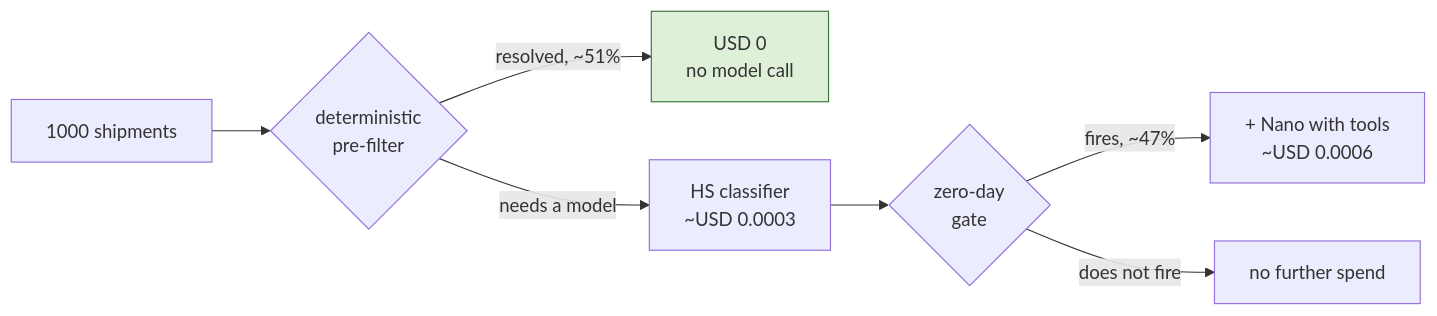
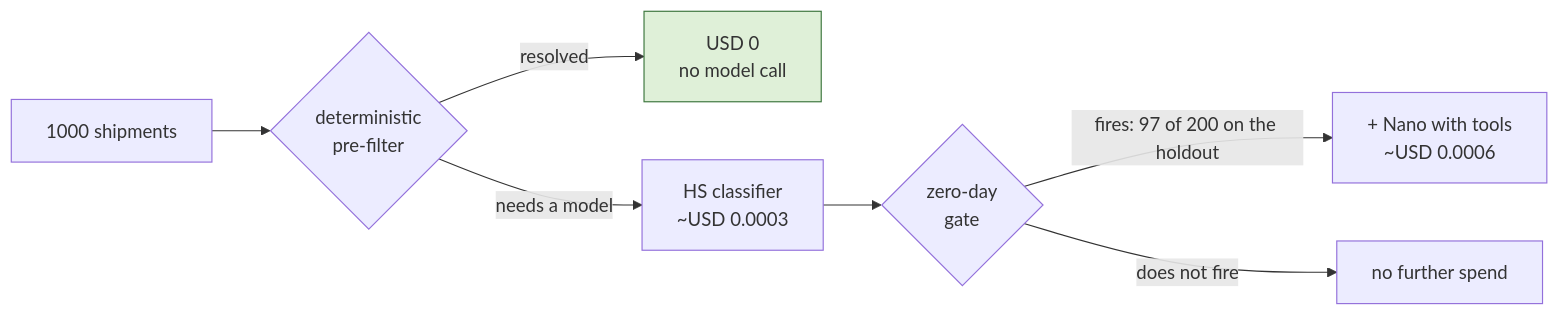
One commit to hoachauphuoc/vf-logistics-nebius-nvidia changed the fourth of 4 diagrams in docs/diagrams/flow-2-zero-day-radar.md. Above: the diagram before and after it, drawn with Mermaid. The commit also changed other lines of this file and 10 other files, not shown here.

````diff
--- a/docs/diagrams/flow-2-zero-day-radar.md
+++ b/docs/diagrams/flow-2-zero-day-radar.md
@@ -143,11 +145,11 @@
 ```mermaid
 flowchart LR
     A["1000 shipments"] --> B{"deterministic<br/>pre-filter"}
-    B -->|"resolved, ~51%"| C["USD 0<br/>no model call"]
+    B -->|"resolved"| C["USD 0<br/>no model call"]
     B -->|"needs a model"| D["HS classifier<br/>~USD 0.0003"]
     D --> E{"zero-day<br/>gate"}
-    E -->|"fires, ~47%"| F["+ Nano with tools<br/>~USD 0.0006"]
+    E -->|"fires: 97 of 200 on the holdout"| F["+ Nano with tools<br/>~USD 0.0006"]
     E -->|"does not fire"| G["no further spend"]
 
     style C fill:#dff0d8,stroke:#3c763d
 ```
````
